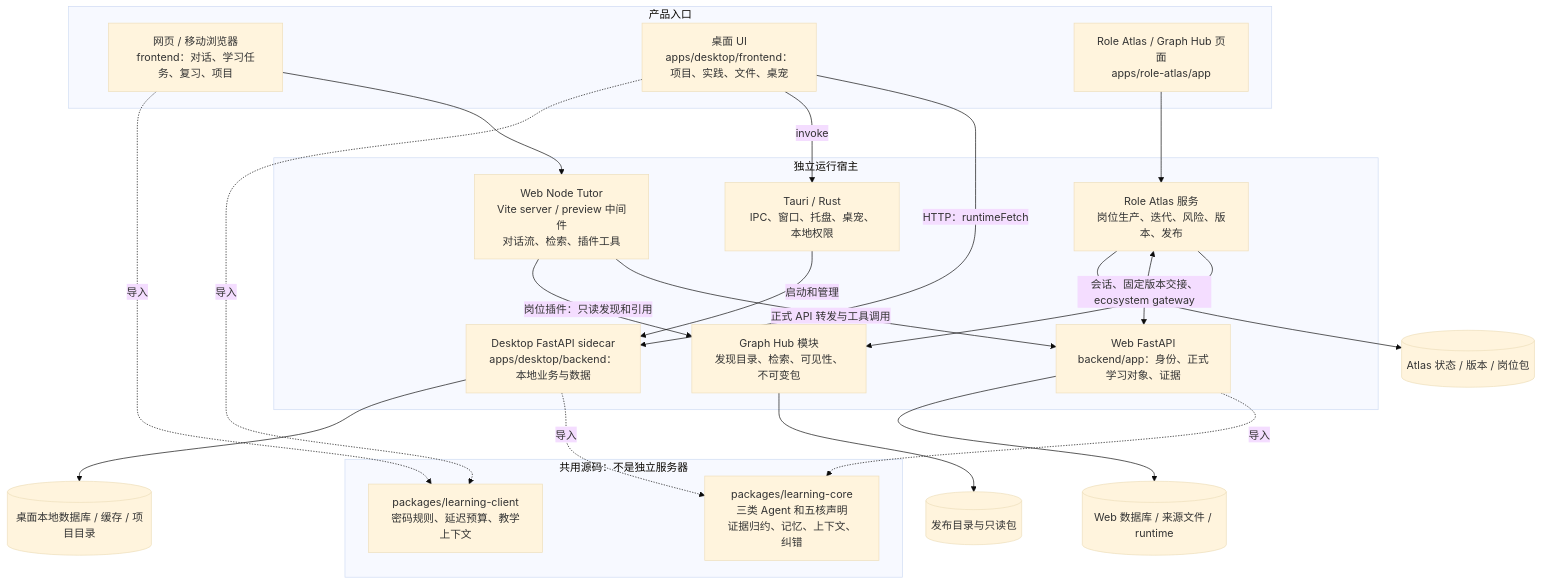
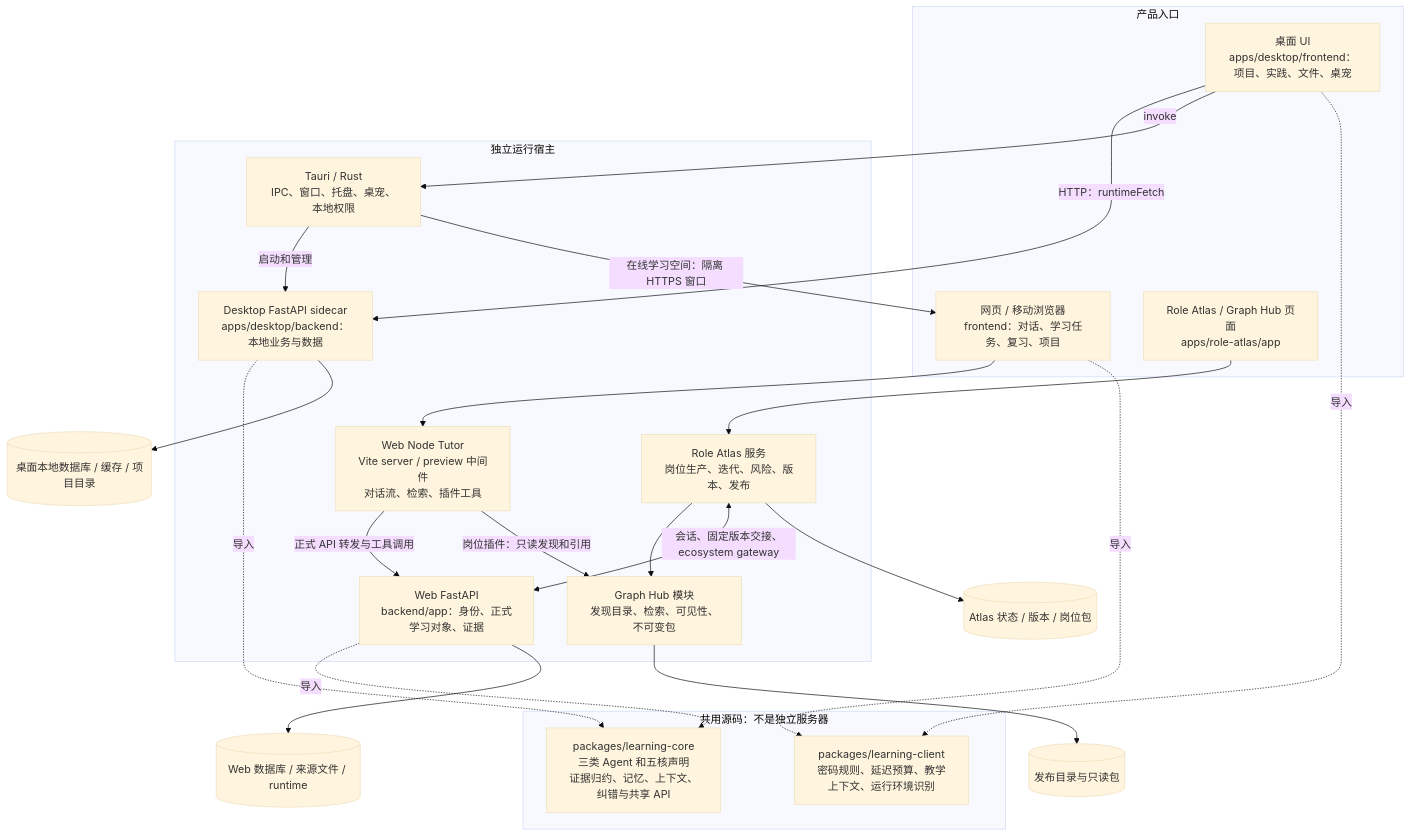
Before and after one commit to runzhong123-max/LearnFlow: the first of 4 diagrams in docs/PROJECT_MAP.md, drawn with Mermaid (base theme). The commit also changed other lines of this file and 123 other files, not shown here.

````diff
--- a/docs/PROJECT_MAP.md
+++ b/docs/PROJECT_MAP.md
@@ -7,37 +7,38 @@
 ```mermaid
 flowchart TB
   subgraph Clients[产品入口]
     Web["网页 / 移动浏览器<br/>frontend：对话、学习任务、复习、项目"]
     Desktop["桌面 UI<br/>apps/desktop/frontend：项目、实践、文件、桌宠"]
     AtlasUI["Role Atlas / Graph Hub 页面<br/>apps/role-atlas/app"]
   end
   subgraph Hosts[独立运行宿主]
     Node["Web Node Tutor<br/>Vite server / preview 中间件<br/>对话流、检索、插件工具"]
     Cloud["Web FastAPI<br/>backend/app：身份、正式学习对象、证据"]
     Native["Tauri / Rust<br/>IPC、窗口、托盘、桌宠、本地权限"]
     Local["Desktop FastAPI sidecar<br/>apps/desktop/backend：本地业务与数据"]
     Atlas["Role Atlas 服务<br/>岗位生产、迭代、风险、版本、发布"]
     Hub["Graph Hub 模块<br/>发现目录、检索、可见性、不可变包"]
   end
   Web --> Node
   Node -->|正式 API 转发与工具调用| Cloud
   Desktop -->|HTTP：runtimeFetch| Local
   Desktop -->|invoke| Native
   Native -->|启动和管理| Local
+  Native -->|在线学习空间：隔离 HTTPS 窗口| Web
   AtlasUI --> Atlas
   Atlas --> Hub
   Node -->|岗位插件：只读发现和引用| Hub
   Atlas <-->|会话、固定版本交接、ecosystem gateway| Cloud
   subgraph Shared[共用源码：不是独立服务器]
-    Core["packages/learning-core<br/>三类 Agent 和五核声明<br/>证据归约、记忆、上下文、纠错"]
-    Client["packages/learning-client<br/>密码规则、延迟预算、教学上下文"]
+    Core["packages/learning-core<br/>三类 Agent 和五核声明<br/>证据归约、记忆、上下文、纠错与共享 API"]
+    Client["packages/learning-client<br/>密码规则、延迟预算、教学上下文、运行环境识别"]
   end
   Cloud -.->|导入| Core
   Local -.->|导入| Core
   Web -.->|导入| Client
   Desktop -.->|导入| Client
   Cloud --> WebData[("Web 数据库 / 来源文件 / runtime")]
   Local --> LocalData[("桌面本地数据库 / 缓存 / 项目目录")]
   Atlas --> AtlasData[("Atlas 状态 / 版本 / 岗位包")]
   Hub --> Catalog[("发布目录与只读包")]
 ```
````
